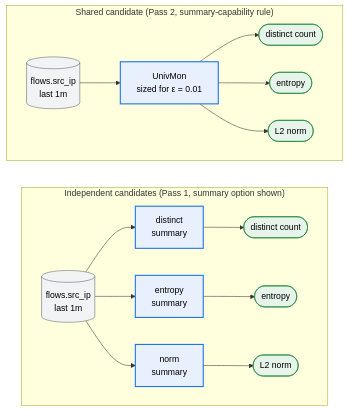
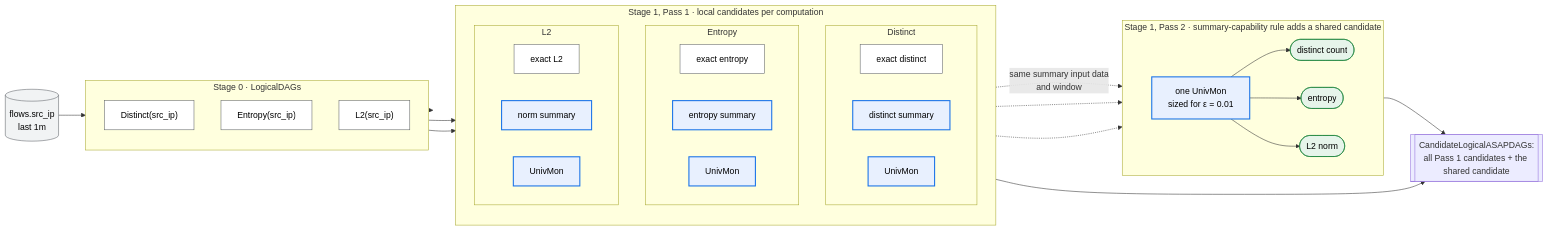
The second of 7 diagrams in docs/design_docs/proposals/planner-layering.md (ProjectASAP/ASAPPlanner), drawn with Mermaid before and after one commit. The commit also changed other lines of this file, not shown here.

````diff
--- a/docs/design_docs/proposals/planner-layering.md
+++ b/docs/design_docs/proposals/planner-layering.md
@@ -404,21 +404,57 @@
 ```mermaid
 flowchart LR
-  subgraph IND["Independent candidates (Pass 1, summary option shown)"]
+  in[("flows.src_ip<br/>last 1m")]:::data
+ 
+  subgraph P0["Stage 0 · LogicalDAGs"]
+    direction TB
+    q1["Distinct(src_ip)"]:::exact
+    q2["Entropy(src_ip)"]:::exact
+    q3["L2(src_ip)"]:::exact
+  end
+ 
+  subgraph P1["Stage 1, Pass 1 · local candidates per computation"]
+    direction TB
+    subgraph D["Distinct"]
+      direction LR
+      d0["exact distinct"]:::exact
+      d1["distinct summary"]:::summary
+      d2["UnivMon"]:::summary
+    end
+    subgraph E["Entropy"]
+      direction LR
+      e0["exact entropy"]:::exact
+      e1["entropy summary"]:::summary
+      e2["UnivMon"]:::summary
+    end
+    subgraph L["L2"]
+      direction LR
+      l0["exact L2"]:::exact
+      l1["norm summary"]:::summary
+      l2["UnivMon"]:::summary
+    end
+  end
+ 
+  subgraph P2["Stage 1, Pass 2 · summary-capability rule adds a shared candidate"]
     direction LR
-    i1[("flows.src_ip<br/>last 1m")]:::data
-    i1 --> d1["distinct<br/>summary"]:::summary --> rd1(["distinct count"]):::readout
-    i1 --> en1["entropy<br/>summary"]:::summary --> re1(["entropy"]):::readout
-    i1 --> l1["norm<br/>summary"]:::summary --> rl1(["L2 norm"]):::readout
+    u["one UnivMon<br/>sized for ε = 0.01"]:::summary
+    u --> rd(["distinct count"]):::readout
+    u --> re(["entropy"]):::readout
+    u --> rl(["L2 norm"]):::readout
   end
-  subgraph SH["Shared candidate (Pass 2, summary-capability rule)"]
-    direction LR
-    i2[("flows.src_ip<br/>last 1m")]:::data --> u["UnivMon<br/>sized for ε = 0.01"]:::summary
-    u --> rd2(["distinct count"]):::readout
-    u --> re2(["entropy"]):::readout
-    u --> rl2(["L2 norm"]):::readout
-  end
+ 
+  in --> P0
+  q1 --> D
+  q2 --> E
+  q3 --> L
+  d2 -. "same summary input data<br/>and window" .-> u
+  e2 -.-> u
+  l2 -.-> u
+ 
+  OUT[["CandidateLogicalASAPDAGs:<br/>all Pass 1 candidates + the shared candidate"]]
+  P1 --> OUT
+  P2 --> OUT
   classDef data fill:#f1f3f4,stroke:#5f6368,color:#000;
   classDef exact fill:#fff,stroke:#5f6368,color:#000;
   classDef summary fill:#e8f0fe,stroke:#1a73e8,stroke-width:2px,color:#000;
   classDef readout fill:#e6f4ea,stroke:#188038,color:#000;
 ```
````
